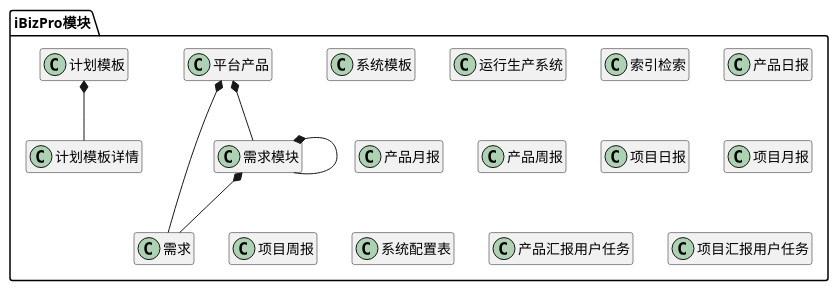
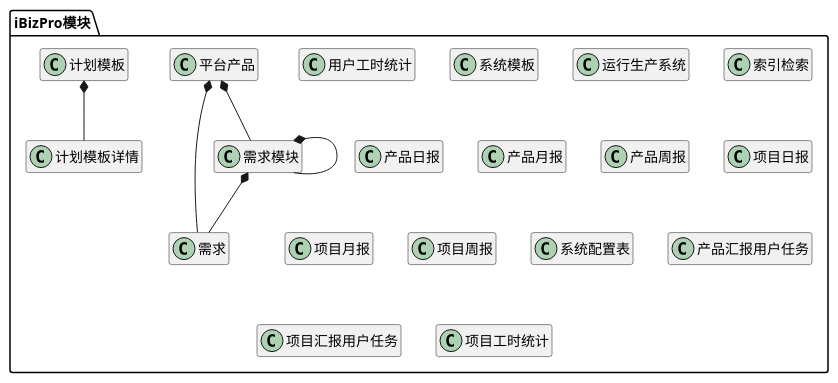
Before and after one commit to zj335841911/nt_chandao: the diagram in ibizpms-docs/src/main/doc/v1/module/ibizpro.md, drawn with PlantUML. The commit also changed other lines of this file and 34 other files, not shown here.

```diff
--- a/ibizpms-docs/src/main/doc/v1/module/ibizpro.md
+++ b/ibizpms-docs/src/main/doc/v1/module/ibizpro.md
@@ -6,77 +6,83 @@
 {% plantuml %}
 
 package iBizPro模块 {
+
+class 用户工时统计 {
+}
 
 class 平台产品 {
 }
 
 class 需求 {
 }
 
 class 需求模块 {
 }
 
 class 系统模板 {
 }
 
 class 运行生产系统 {
 }
 
 class 索引检索 {
 }
 
 class 产品日报 {
 }
 
 class 产品月报 {
 }
 
 class 产品周报 {
 }
 
 class 项目日报 {
 }
 
 class 项目月报 {
 }
 
 class 项目周报 {
 }
 
 class 计划模板 {
 }
 
 class 计划模板详情 {
 }
 
 class 系统配置表 {
 }
 
 class 产品汇报用户任务 {
 }
 
 class 项目汇报用户任务 {
 }
 
+class 项目工时统计 {
+}
+
 
 平台产品 *-- 需求模块 
 
 
 需求模块 *-- 需求模块 
 
 
 平台产品 *-- 需求 
 
 
 需求模块 *-- 需求 
 
 
 计划模板 *-- 计划模板详情 
 
 
 
 }
 
 hide members
 
 {% endplantuml %}
```
